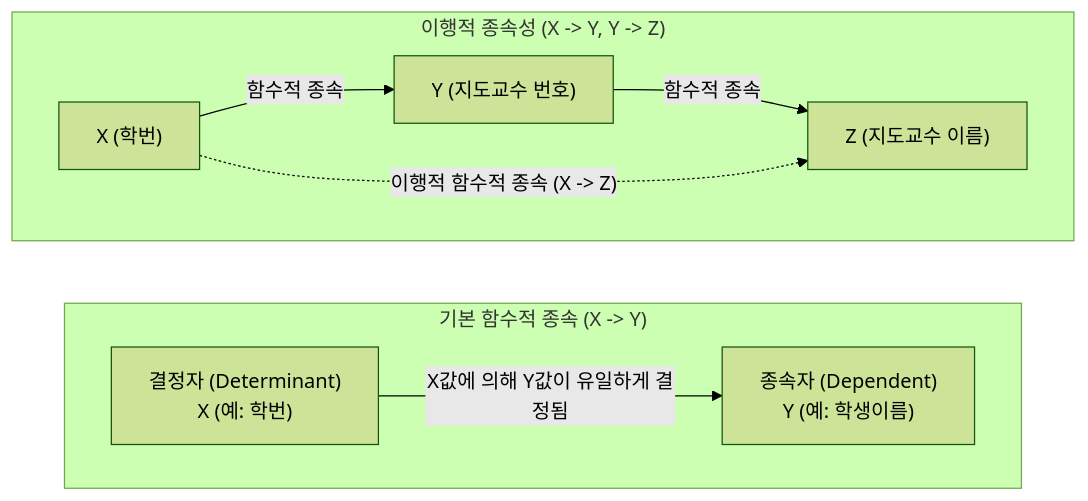
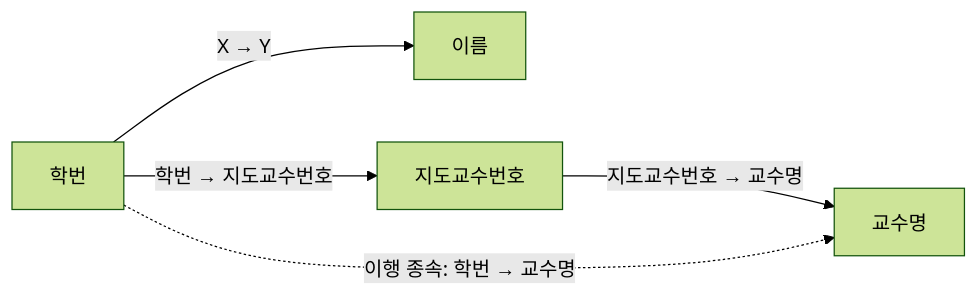
Before and after one commit to supremethumb/supremethumb.github.io: the diagram in content/01_IT Tech/함수적 종속성.md, drawn with Mermaid (forest theme). The commit also changed other lines of this file and 1087 other files, not shown here.

````diff
--- a/content/01_IT Tech/함수적 종속성.md
+++ b/content/01_IT Tech/함수적 종속성.md
@@ -27,15 +35,7 @@
 ```mermaid
 flowchart LR
-    subgraph "기본 함수적 종속 (X -> Y)"
-        direction LR
-        X["결정자 (Determinant)<br/>X (예: 학번)"] -- "X값에 의해 Y값이 유일하게 결정됨" --> Y["종속자 (Dependent)<br/>Y (예: 학생이름)"]
-    end
-    
-    subgraph "이행적 종속성 (X -> Y, Y -> Z)"
-        direction LR
-        A["X (학번)"] -->|"함수적 종속"| B["Y (지도교수 번호)"]
-        B -->|"함수적 종속"| C["Z (지도교수 이름)"]
-        A -. "이행적 함수적 종속 (X -> Z)" .-> C
-    end
-
+    X["학번"] -->|"X → Y"| Y["이름"]
+    X -->|"학번 → 지도교수번호"| P["지도교수번호"]
+    P -->|"지도교수번호 → 교수명"| N["교수명"]
+    X -. "이행 종속: 학번 → 교수명" .-> N
 ```
````
